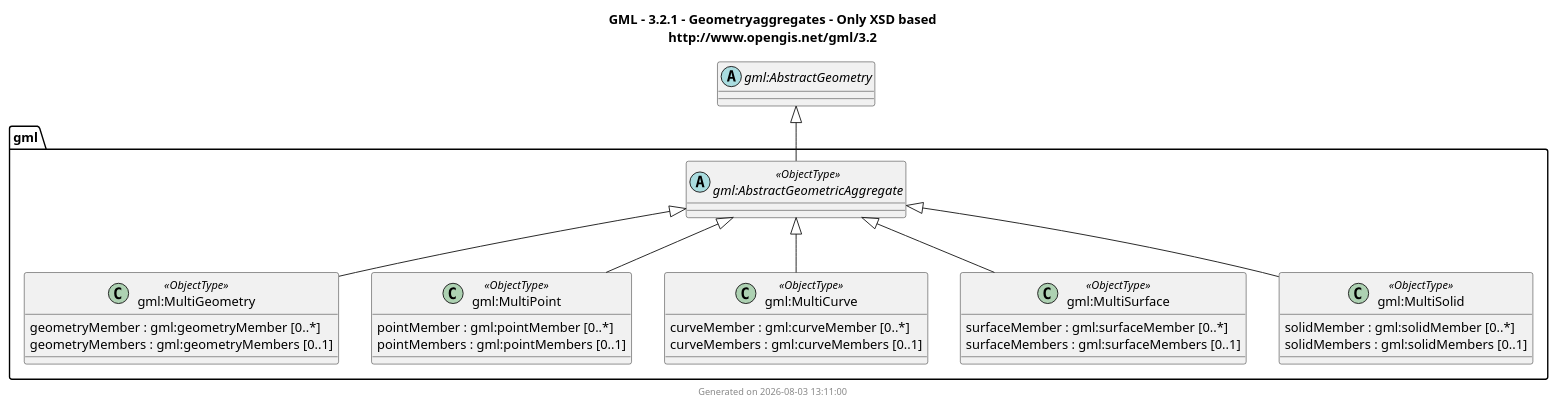
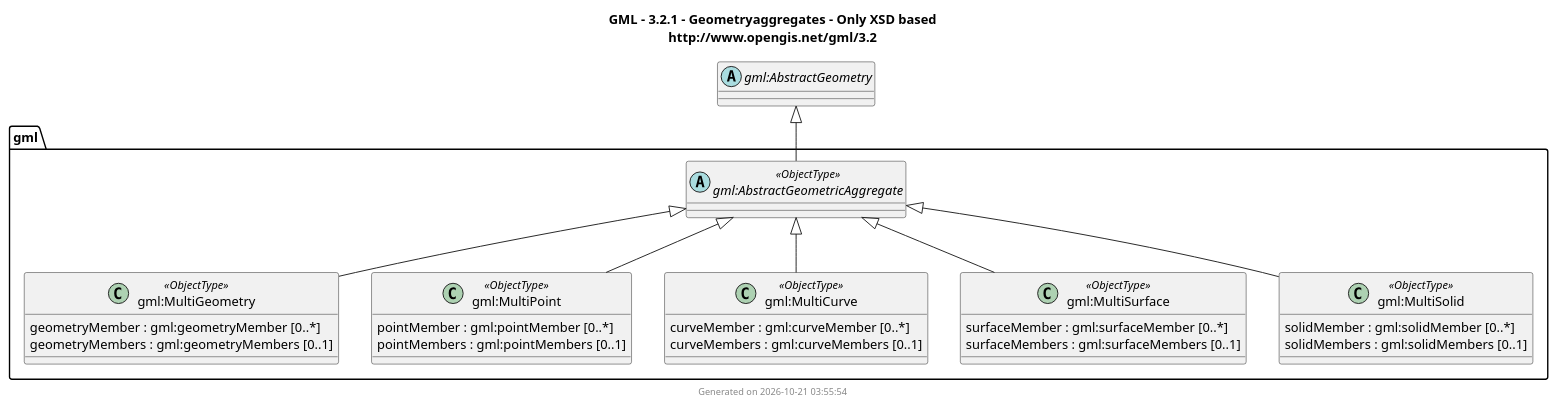
The diagram in docs/output/GML/3.2.1/UMLClassDiagram/geometryaggregates.puml (muratkendir/every-class), drawn with PlantUML before and after one commit. The commit also changed 37 other files, not shown here.

Commit message:
cross-compilation diagram generation added.

```diff
--- a/docs/output/GML/3.2.1/UMLClassDiagram/geometryaggregates.puml
+++ b/docs/output/GML/3.2.1/UMLClassDiagram/geometryaggregates.puml
@@ -1,61 +1,61 @@
 @startuml
 title
   GML - 3.2.1 - Geometryaggregates - Only XSD based
   http://www.opengis.net/gml/3.2
 end title
 
 package gml {
-abstract class "gml:AbstractGeometricAggregate" <<ObjectType>>
-class "gml:MultiGeometry" <<ObjectType>> {
+abstract class "gml:AbstractGeometricAggregate" as gml_AbstractGeometricAggregate <<ObjectType>>
+class "gml:MultiGeometry" as gml_MultiGeometry <<ObjectType>> {
   geometryMember : gml:geometryMember [0..*]
   geometryMembers : gml:geometryMembers [0..1]
 }
-class "gml:MultiGeometryProperty" $property {
+class "gml:MultiGeometryProperty" as gml_MultiGeometryProperty $property {
   AbstractGeometricAggregate : gml:AbstractGeometricAggregate
 }
-class "gml:MultiPoint" <<ObjectType>> {
+class "gml:MultiPoint" as gml_MultiPoint <<ObjectType>> {
   pointMember : gml:pointMember [0..*]
   pointMembers : gml:pointMembers [0..1]
 }
-class "gml:MultiPointProperty" $property {
+class "gml:MultiPointProperty" as gml_MultiPointProperty $property {
   MultiPoint : gml:MultiPoint
 }
-class "gml:MultiCurve" <<ObjectType>> {
+class "gml:MultiCurve" as gml_MultiCurve <<ObjectType>> {
   curveMember : gml:curveMember [0..*]
   curveMembers : gml:curveMembers [0..1]
 }
-class "gml:MultiCurveProperty" $property {
+class "gml:MultiCurveProperty" as gml_MultiCurveProperty $property {
   MultiCurve : gml:MultiCurve
 }
-class "gml:MultiSurface" <<ObjectType>> {
+class "gml:MultiSurface" as gml_MultiSurface <<ObjectType>> {
   surfaceMember : gml:surfaceMember [0..*]
   surfaceMembers : gml:surfaceMembers [0..1]
 }
-class "gml:MultiSurfaceProperty" $property {
+class "gml:MultiSurfaceProperty" as gml_MultiSurfaceProperty $property {
   MultiSurface : gml:MultiSurface
 }
-class "gml:MultiSolid" <<ObjectType>> {
+class "gml:MultiSolid" as gml_MultiSolid <<ObjectType>> {
   solidMember : gml:solidMember [0..*]
   solidMembers : gml:solidMembers [0..1]
 }
-class "gml:MultiSolidProperty" $property {
+class "gml:MultiSolidProperty" as gml_MultiSolidProperty $property {
   MultiSolid : gml:MultiSolid
 }
 }
 
 ' External types (unresolved namespaces)
-abstract class "gml:AbstractGeometry"
+abstract class "gml:AbstractGeometry" as gml_AbstractGeometry
 
-"gml:AbstractGeometry" <|-- "gml:AbstractGeometricAggregate"
-"gml:AbstractGeometricAggregate" <|-- "gml:MultiGeometry"
-"gml:AbstractGeometricAggregate" <|-- "gml:MultiPoint"
-"gml:AbstractGeometricAggregate" <|-- "gml:MultiCurve"
-"gml:AbstractGeometricAggregate" <|-- "gml:MultiSurface"
-"gml:AbstractGeometricAggregate" <|-- "gml:MultiSolid"
+"gml_AbstractGeometry" <|-- "gml_AbstractGeometricAggregate"
+"gml_AbstractGeometricAggregate" <|-- "gml_MultiGeometry"
+"gml_AbstractGeometricAggregate" <|-- "gml_MultiPoint"
+"gml_AbstractGeometricAggregate" <|-- "gml_MultiCurve"
+"gml_AbstractGeometricAggregate" <|-- "gml_MultiSurface"
+"gml_AbstractGeometricAggregate" <|-- "gml_MultiSolid"
 
 ' Property pseudo-classes are removed from rendering by default;
 ' remove the next line to show them.
 remove $property
 
-footer Generated on 2026-08-03 13:11:00
+footer Generated on 2026-10-21 03:55:54
 @enduml
```
